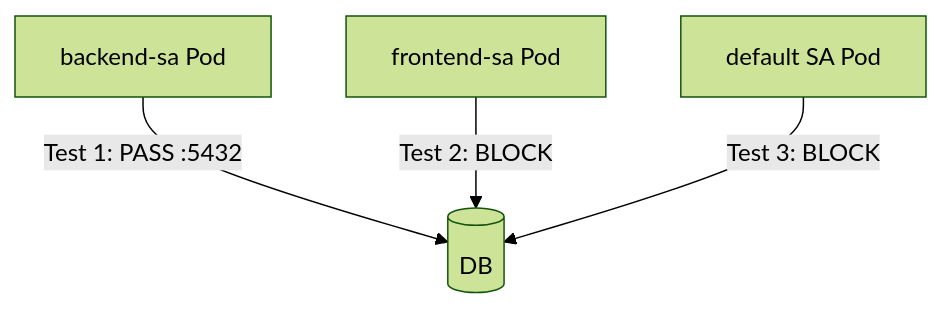
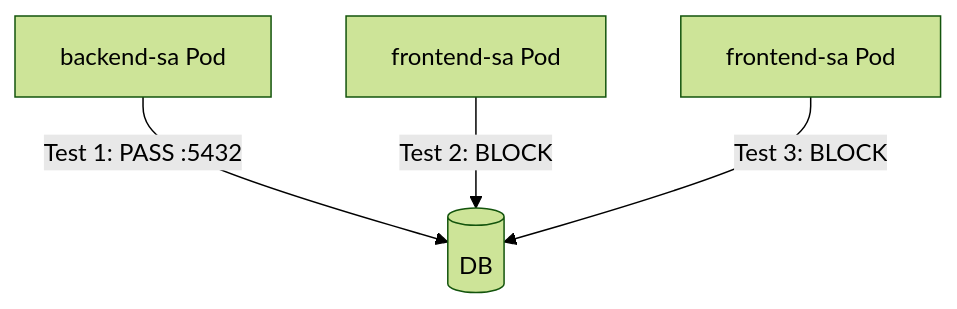
The diagram in posts/2026-03-13-test-service-account-policies-calico-real-traffic/README.md (OneUptime/blog), drawn with Mermaid (forest theme) before and after one commit. The commit also changed other lines of this file and 2 other files, not shown here.

Commit message:
validate: 2026-03-13-test-service-account-policies-calico-real-traffic

````diff
--- a/posts/2026-03-13-test-service-account-policies-calico-real-traffic/README.md
+++ b/posts/2026-03-13-test-service-account-policies-calico-real-traffic/README.md
@@ -101,6 +119,6 @@
 ```mermaid
 flowchart TD
     A[backend-sa Pod] -->|Test 1: PASS :5432| D[(DB)]
     B[frontend-sa Pod] -->|Test 2: BLOCK| D
-    C[default SA Pod] -->|Test 3: BLOCK| D
+    C[frontend-sa Pod] -->|Test 3: BLOCK| D
 ```
````
